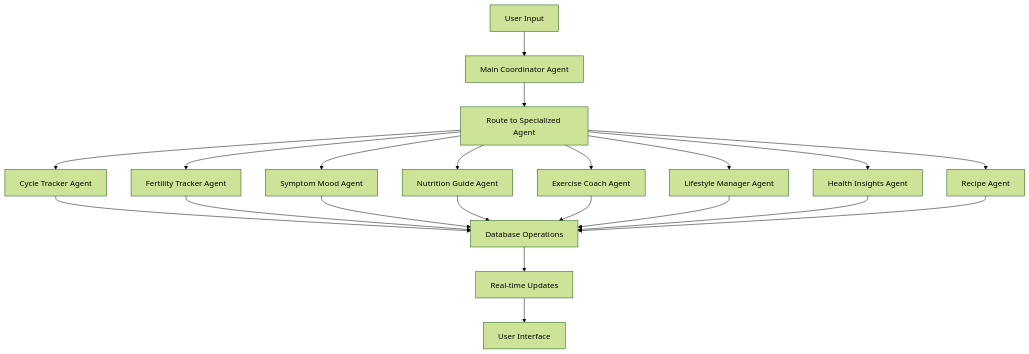
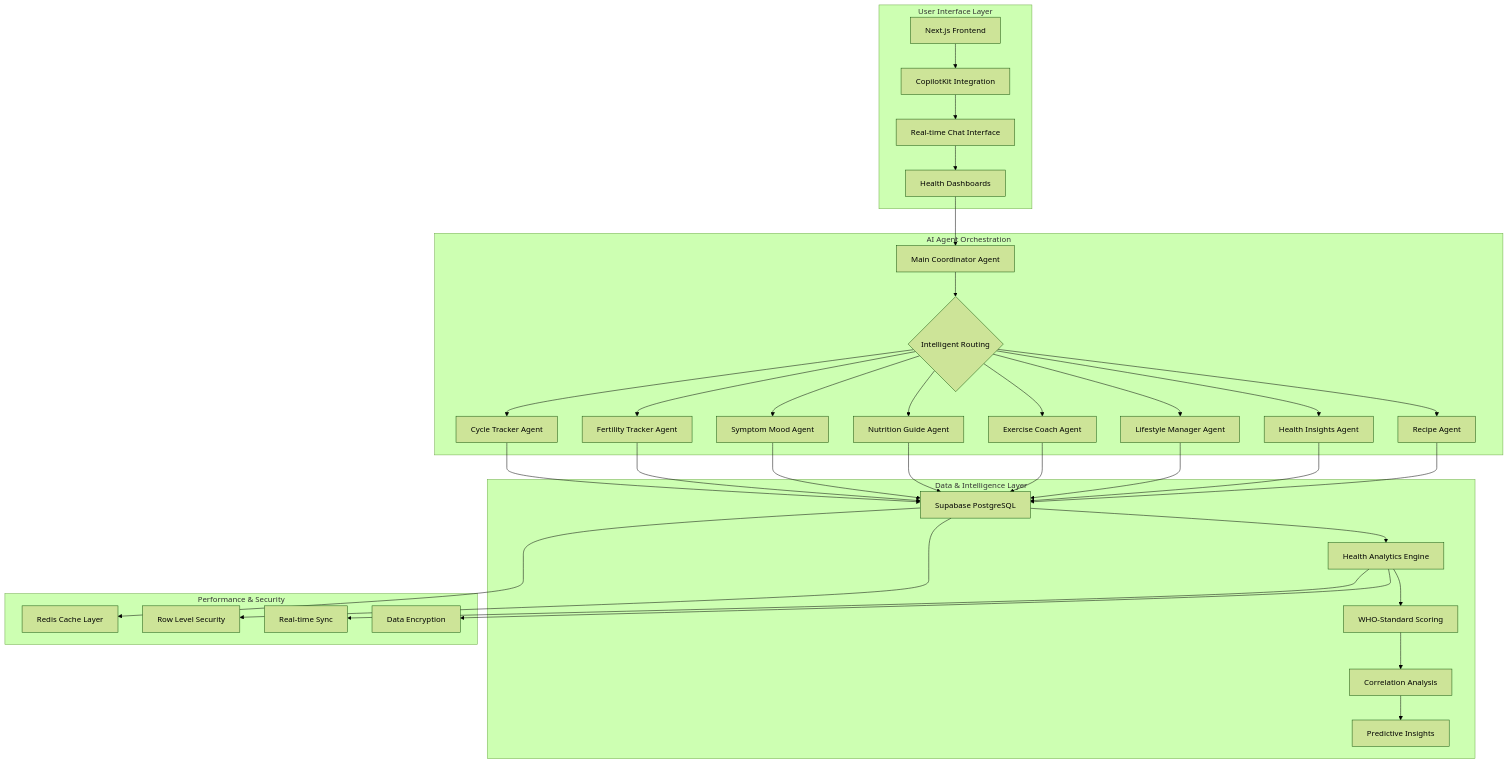
The first of 3 diagrams in README.md (ChanMeng666/femtracker-agent), drawn with Mermaid (forest theme) before and after one commit. The commit also changed other lines of this file, not shown here.

````diff
--- a/README.md
+++ b/README.md
@@ -137,26 +272,49 @@
 ```mermaid
-graph TD
-    A[User Input] --> B[Main Coordinator Agent]
-    B --> C[Route to Specialized Agent]
+graph TB
+    subgraph "User Interface Layer"
+        A[Next.js Frontend] --> B[CopilotKit Integration]
+        B --> C[Real-time Chat Interface]
+        C --> D[Health Dashboards]
+    end
     
-    C --> D[Cycle Tracker Agent]
-    C --> E[Fertility Tracker Agent]
-    C --> F[Symptom Mood Agent]
-    C --> G[Nutrition Guide Agent]
-    C --> H[Exercise Coach Agent]
-    C --> I[Lifestyle Manager Agent]
-    C --> J[Health Insights Agent]
-    C --> K[Recipe Agent]
+    subgraph "AI Agent Orchestration"
+        E[Main Coordinator Agent] --> F{Intelligent Routing}
+        F --> G[Cycle Tracker Agent]
+        F --> H[Fertility Tracker Agent]
+        F --> I[Symptom Mood Agent]
+        F --> J[Nutrition Guide Agent]
+        F --> K[Exercise Coach Agent]
+        F --> L[Lifestyle Manager Agent]
+        F --> M[Health Insights Agent]
+        F --> N[Recipe Agent]
+    end
     
-    D --> L[Database Operations]
-    E --> L
-    F --> L
-    G --> L
-    H --> L
-    I --> L
-    J --> L
-    K --> L
+    subgraph "Data & Intelligence Layer"
+        O[Supabase PostgreSQL] --> P[Health Analytics Engine]
+        P --> Q[WHO-Standard Scoring]
+        Q --> R[Correlation Analysis]
+        R --> S[Predictive Insights]
+    end
     
-    L --> M[Real-time Updates]
-    M --> N[User Interface]
+    subgraph "Performance & Security"
+        T[Redis Cache Layer]
+        U[Row Level Security]
+        V[Real-time Sync]
+        W[Data Encryption]
+    end
+    
+    D --> E
+    G --> O
+    H --> O
+    I --> O
+    J --> O
+    K --> O
+    L --> O
+    M --> O
+    N --> O
+    
+    O --> T
+    O --> U
+    P --> V
+    P --> W
 ```
````
